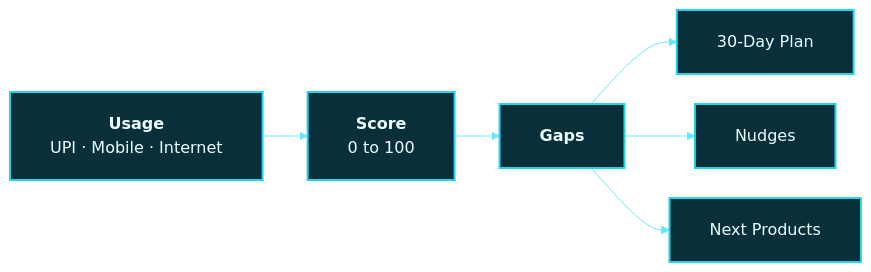
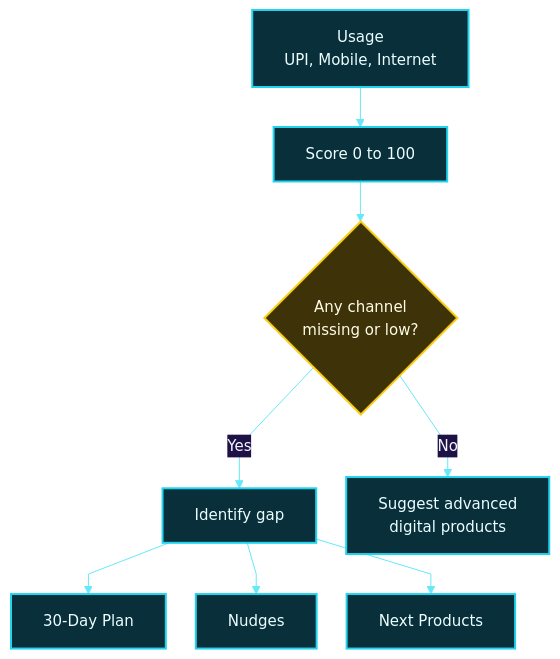
Before and after one commit to Mansi232323/MANSHORA: diagram 12 of 17 in README.md, drawn with Mermaid. The commit also changed other lines of this file, not shown here.

````diff
--- a/README.md
+++ b/README.md
@@ -323,10 +431,15 @@
 ```mermaid
-%%{init: {'theme':'base','themeVariables':{'fontSize':'16px','fontFamily':'Arial, Helvetica, sans-serif','lineColor':'#67e8f9'},'flowchart':{'htmlLabels':true,'nodeSpacing':30,'rankSpacing':45,'padding':20,'wrappingWidth':260}}}%%
-flowchart LR
-    U["<b>Usage</b><br/>UPI · Mobile · Internet"] --> S["<b>Score</b><br/>0 to 100"] --> G["<b>Gaps</b>"]
-    G --> P["30-Day Plan"]
-    G --> N["Nudges"]
-    G --> X["Next Products"]
+%%{init: {'theme':'base','themeVariables':{'fontSize':'15px','fontFamily':'Arial, Helvetica, sans-serif','primaryColor':'#1e1145','primaryTextColor':'#f5f3ff','primaryBorderColor':'#a78bfa','lineColor':'#67e8f9','textColor':'#f5f3ff','edgeLabelBackground':'#1e1145'},'flowchart':{'htmlLabels':true,'nodeSpacing':30,'rankSpacing':40,'padding':16,'curve':'linear'}}}%%
+flowchart TD
+    U["Usage<br/>UPI, Mobile, Internet"] --> SC["Score 0 to 100"]
+    SC --> D{"Any channel<br/>missing or low?"}
+    D -- "Yes" --> GP["Identify gap"]
+    D -- "No" --> NX["Suggest advanced<br/>digital products"]
+    GP --> P["30-Day Plan"]
+    GP --> N["Nudges"]
+    GP --> X["Next Products"]
     classDef a fill:#082f3a,stroke:#22d3ee,stroke-width:2px,color:#ecfeff
-    class U,S,G,P,N,X a
+    classDef d fill:#3d3208,stroke:#facc15,stroke-width:2px,color:#fffbe6
+    class U,SC,GP,NX,P,N,X a
+    class D d
 ```
````
